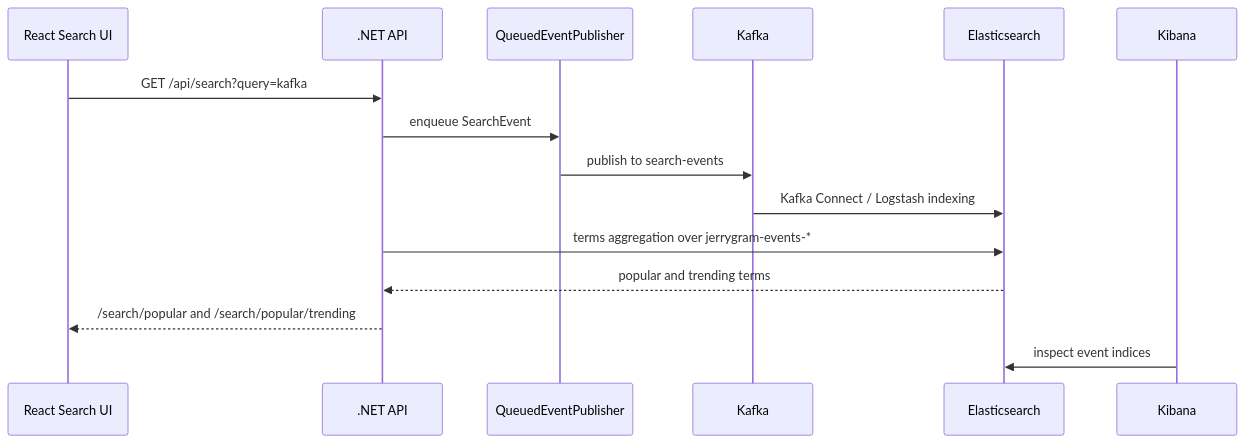
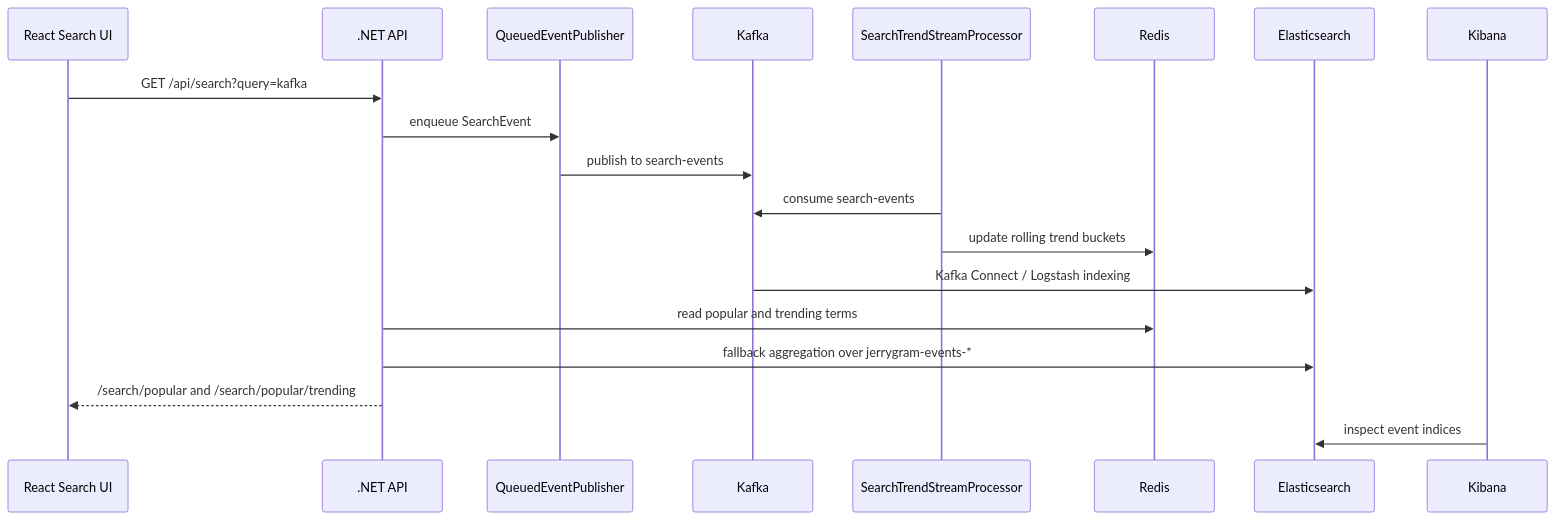
The second of 2 diagrams in docs/recommendation-and-kafka.ja.md (wonhongChang/jerrygram), drawn with Mermaid before and after one commit. The commit also changed other lines of this file and 24 other files, not shown here.

Commit message:
Add Kafka search trend stream processor

````diff
--- a/docs/recommendation-and-kafka.ja.md
+++ b/docs/recommendation-and-kafka.ja.md
@@ -33,18 +33,22 @@
 ```mermaid
 sequenceDiagram
     participant Web as React Search UI
     participant Api as .NET API
     participant Queue as QueuedEventPublisher
     participant Kafka as Kafka
+    participant Processor as SearchTrendStreamProcessor
+    participant Redis as Redis
     participant ES as Elasticsearch
     participant Kibana as Kibana
 
     Web->>Api: GET /api/search?query=kafka
     Api->>Queue: enqueue SearchEvent
     Queue->>Kafka: publish to search-events
+    Processor->>Kafka: consume search-events
+    Processor->>Redis: update rolling trend buckets
     Kafka->>ES: Kafka Connect / Logstash indexing
-    Api->>ES: terms aggregation over jerrygram-events-*
-    ES-->>Api: popular and trending terms
+    Api->>Redis: read popular and trending terms
+    Api->>ES: fallback aggregation over jerrygram-events-*
     Api-->>Web: /search/popular and /search/popular/trending
     Kibana->>ES: inspect event indices
 ```
````
